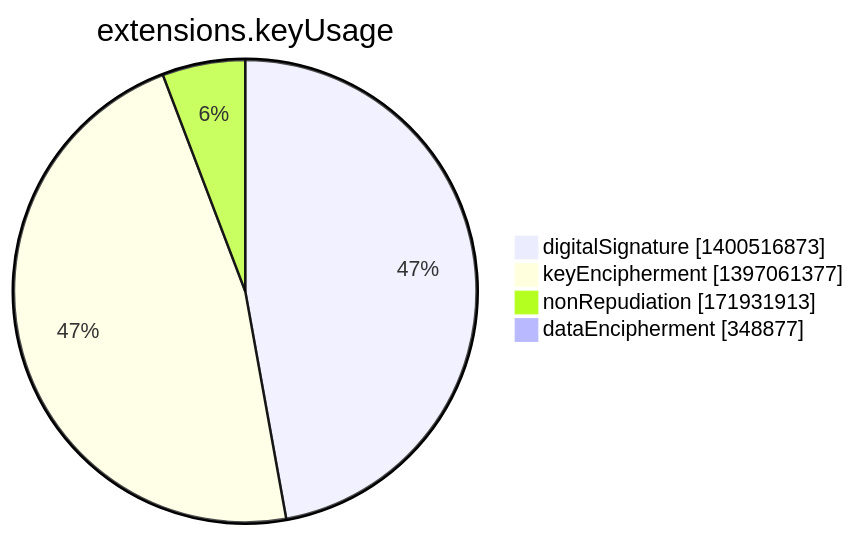
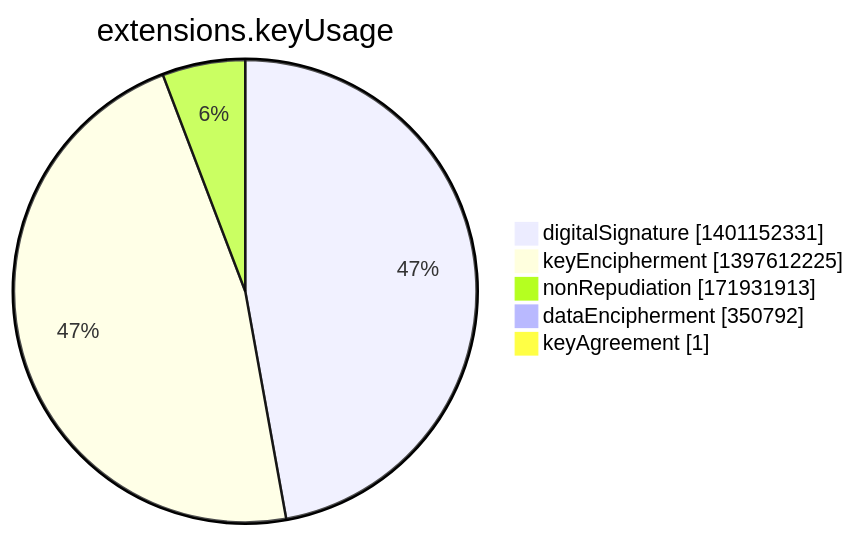
Before and after one commit to christiankrug/ctmonitor_visualization: the seventh of 15 diagrams in argon2022/README.md, drawn with Mermaid. The commit also changed other lines of this file, not shown here.

````diff
--- a/argon2022/README.md
+++ b/argon2022/README.md
@@ -2751,8 +2751,9 @@
 ```mermaid
 pie showData
 title extensions.keyUsage
-"digitalSignature" :1400516873
-"keyEncipherment" :1397061377
+"digitalSignature" :1401152331
+"keyEncipherment" :1397612225
 "nonRepudiation" :171931913
-"dataEncipherment" :348877
+"dataEncipherment" :350792
+"keyAgreement" :1
 ```
````
